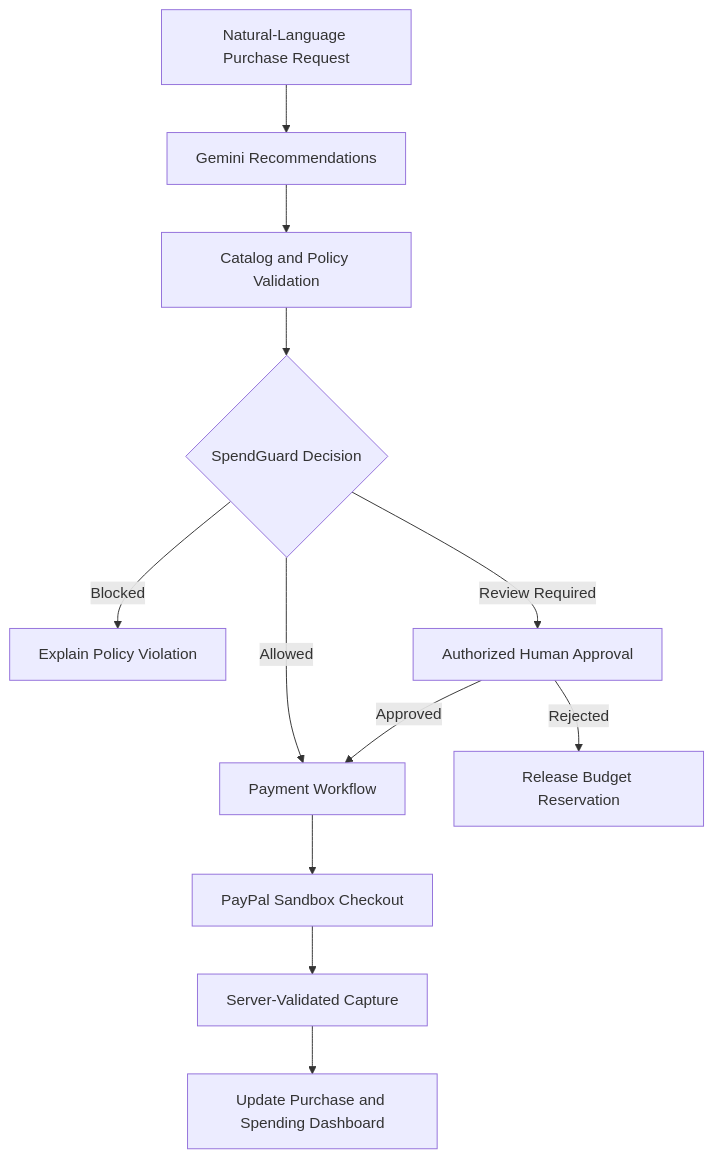
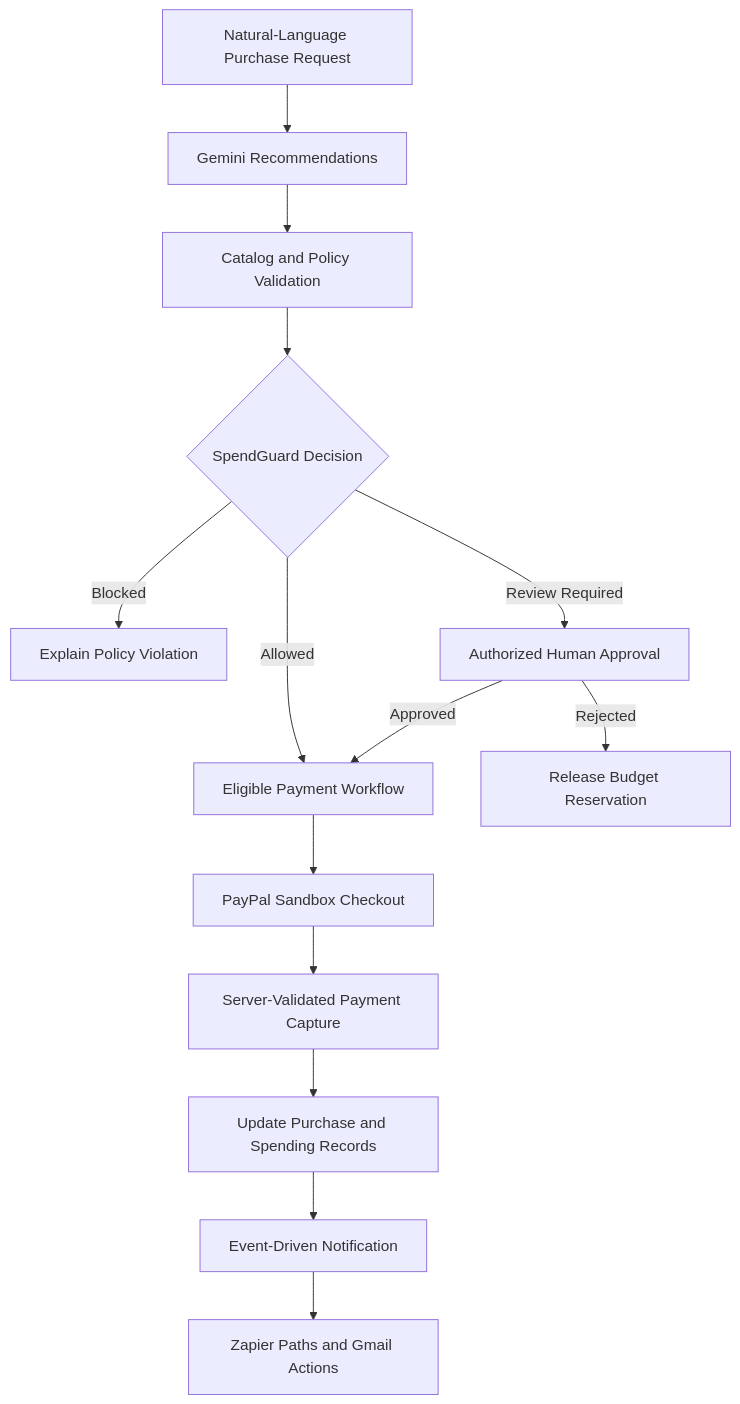
One commit to dineshit27/procura-ai changed the diagram in README.md. Above: the diagram before and after it, drawn with Mermaid. The commit also changed other lines of this file, not shown here.

````diff
--- a/README.md
+++ b/README.md
@@ -118,14 +154,20 @@
 ```mermaid
 flowchart TD
     A["Natural-Language Purchase Request"] --> B["Gemini Recommendations"]
     B --> C["Catalog and Policy Validation"]
     C --> D{"SpendGuard Decision"}
+
     D -->|Blocked| E["Explain Policy Violation"]
     D -->|Review Required| F["Authorized Human Approval"]
-    D -->|Allowed| G["Payment Workflow"]
+    D -->|Allowed| G["Eligible Payment Workflow"]
+
     F -->|Approved| G
     F -->|Rejected| H["Release Budget Reservation"]
+
     G --> I["PayPal Sandbox Checkout"]
-    I --> J["Server-Validated Capture"]
-    J --> K["Update Purchase and Spending Dashboard"]
+    I --> J["Server-Validated Payment Capture"]
+    J --> K["Update Purchase and Spending Records"]
+
+    K --> L["Event-Driven Notification"]
+    L --> M["Zapier Paths and Gmail Actions"]
 ```
````
